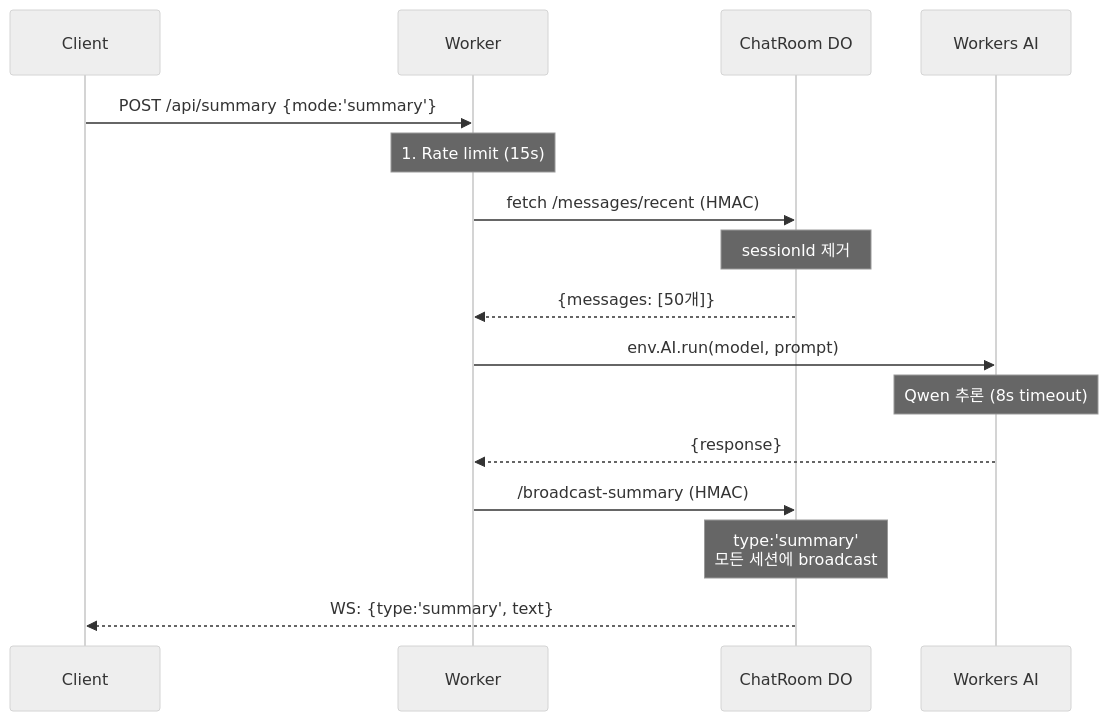
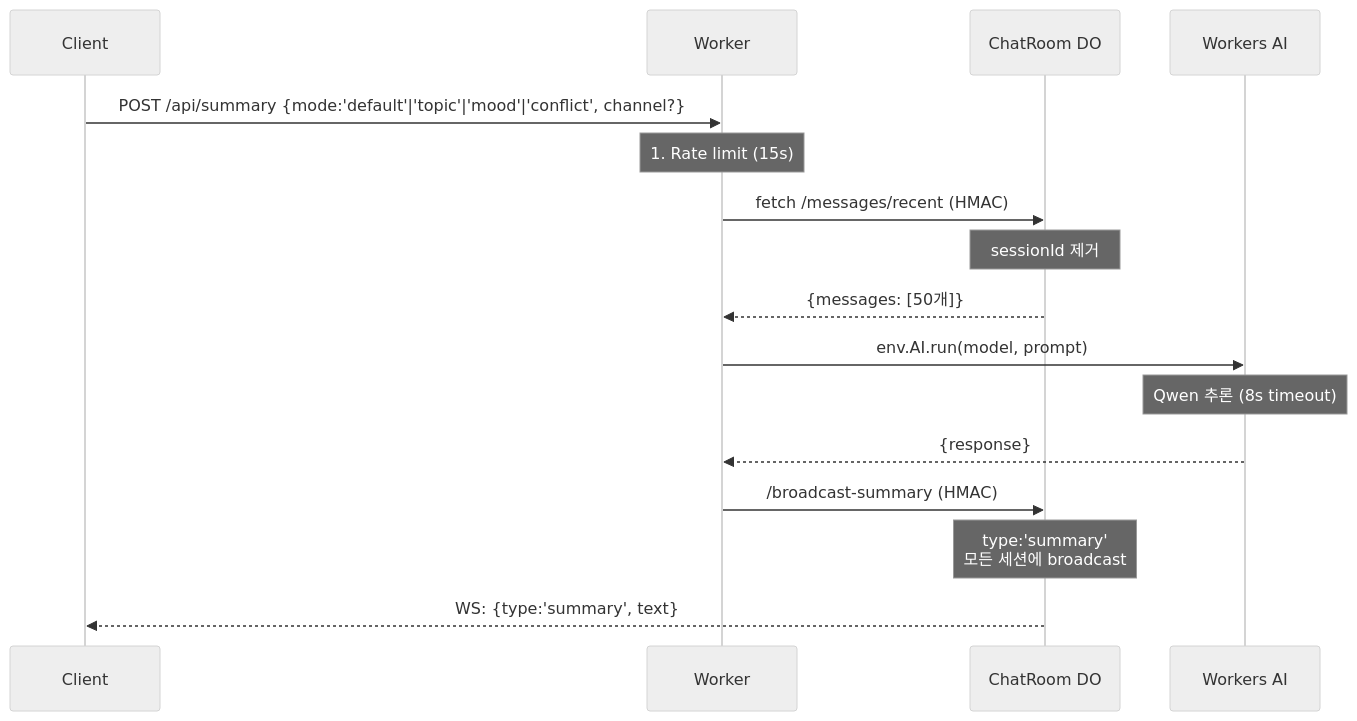
The fifth of 7 diagrams in docs/ARCHITECTURE.md (gguatit/Anonymous_Chat), drawn with Mermaid (neutral theme) before and after one commit. The commit also changed other lines of this file and 13 other files, not shown here.

````diff
--- a/docs/ARCHITECTURE.md
+++ b/docs/ARCHITECTURE.md
@@ -287,22 +286,22 @@
 ```mermaid
 sequenceDiagram
     participant C as Client
     participant W as Worker
     participant DO as ChatRoom DO
     participant AI as Workers AI
 
-    C->>W: POST /api/summary {mode:'summary'}
+    C->>W: POST /api/summary {mode:'default'|'topic'|'mood'|'conflict', channel?}
 
     Note over W: 1. Rate limit (15s)
     W->>DO: fetch /messages/recent (HMAC)
     Note over DO: sessionId 제거
     DO-->>W: {messages: [50개]}
 
     W->>AI: env.AI.run(model, prompt)
     Note over AI: Qwen 추론 (8s timeout)
     AI-->>W: {response}
 
     W->>DO: /broadcast-summary (HMAC)
     Note over DO: type:'summary'<br/>모든 세션에 broadcast
     DO-->>C: WS: {type:'summary', text}
 ```
````
